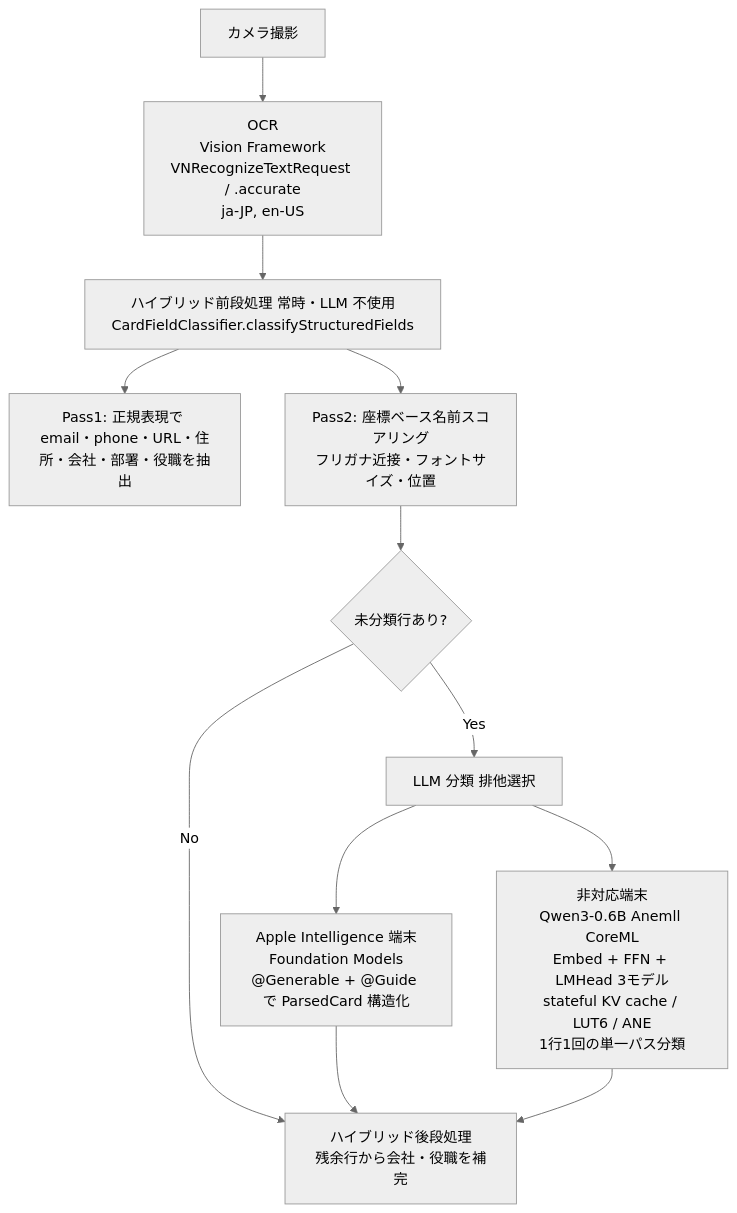
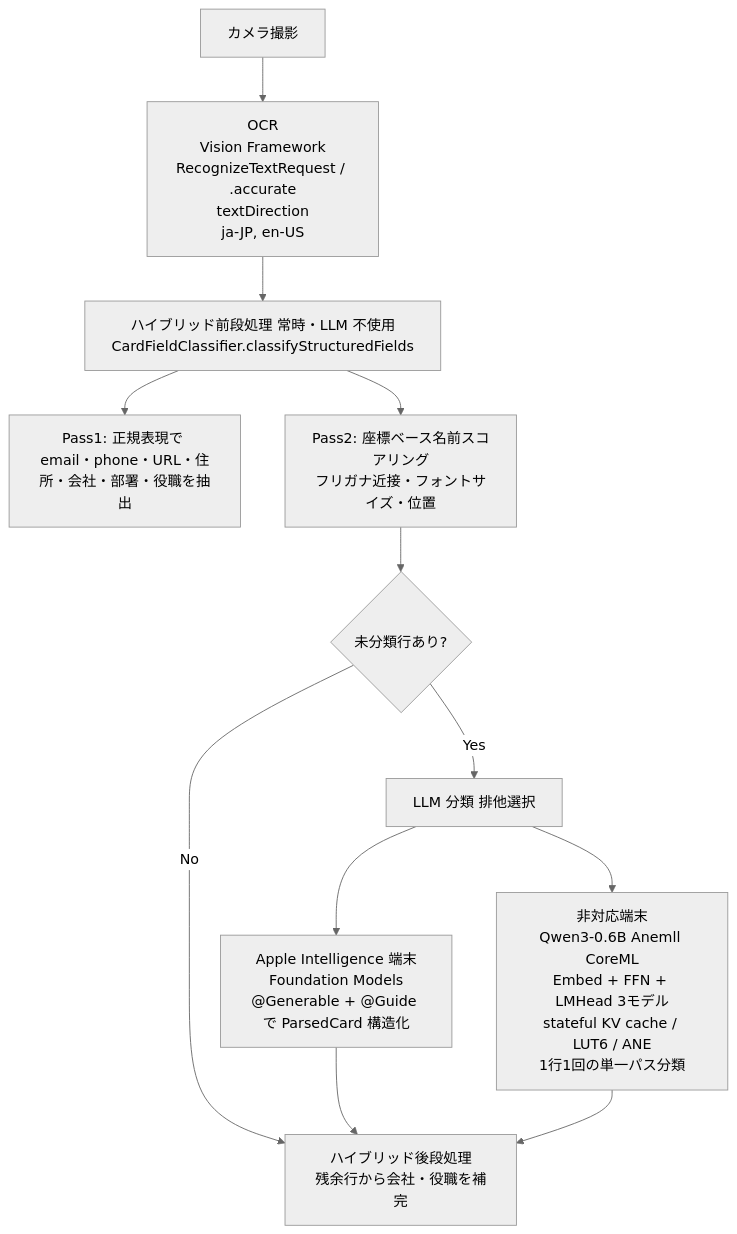
One commit to hannaheptapod/meishi-app changed the diagram in README.md. Above: the diagram before and after it, drawn with Mermaid (neutral theme). The commit also changed other lines of this file and 7 other files, not shown here.

Commit message:
fix: migrate OCR to Swift Vision API

````diff
--- a/README.md
+++ b/README.md
@@ -38,14 +38,14 @@
 ```mermaid
 flowchart TD
-  A[カメラ撮影] --> B[OCR<br/>Vision Framework<br/>VNRecognizeTextRequest / .accurate<br/>ja-JP, en-US]
+  A[カメラ撮影] --> B[OCR<br/>Vision Framework<br/>RecognizeTextRequest / .accurate<br/>textDirection<br/>ja-JP, en-US]
   B --> C[ハイブリッド前段処理 常時・LLM 不使用<br/>CardFieldClassifier.classifyStructuredFields]
   C --> C1[Pass1: 正規表現で email・phone・URL・住所・会社・部署・役職を抽出]
   C --> C2[Pass2: 座標ベース名前スコアリング<br/>フリガナ近接・フォントサイズ・位置]
   C2 --> D{未分類行あり?}
   D -- Yes --> E[LLM 分類 排他選択]
   E --> E1[Apple Intelligence 端末<br/>Foundation Models<br/>@Generable + @Guide で ParsedCard 構造化]
   E --> E2[非対応端末<br/>Qwen3-0.6B Anemll CoreML<br/>Embed + FFN + LMHead 3モデル<br/>stateful KV cache / LUT6 / ANE<br/>1行1回の単一パス分類]
   D -- No --> F
   E1 --> F[ハイブリッド後段処理<br/>残余行から会社・役職を補完]
   E2 --> F
 ```
````
